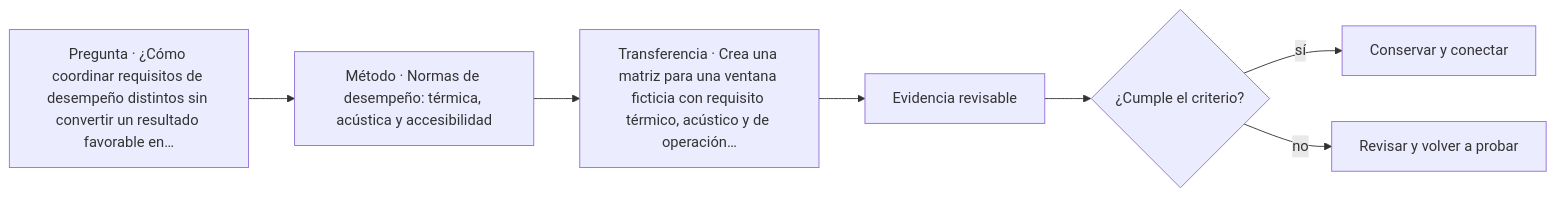
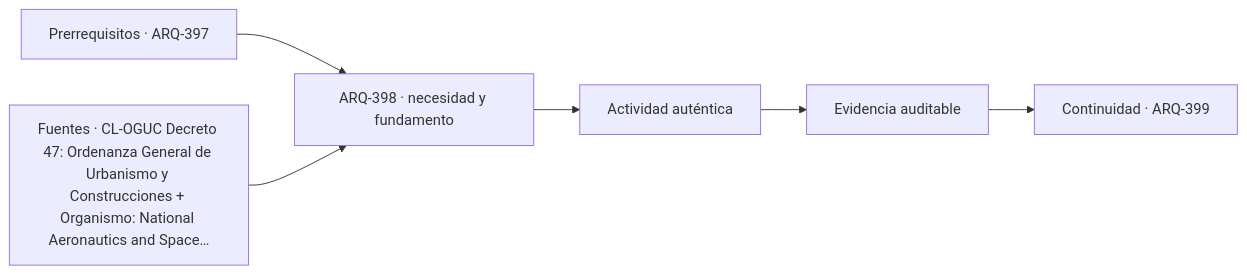
The diagram in classes/parte-40/ARQ-398.md (vladimiracunadev-create/architecture-built-environment-learning-program), drawn with Mermaid before and after one commit. The commit also changed other lines of this file and 761 other files, not shown here.

````diff
--- a/classes/parte-40/ARQ-398.md
+++ b/classes/parte-40/ARQ-398.md
@@ -91,9 +103,8 @@
 ```mermaid
 flowchart LR
-    Q["Pregunta · ¿Cómo coordinar requisitos de desempeño distintos sin convertir un resultado favorable en…"] --> M["Método · Normas de desempeño: térmica, acústica y accesibilidad"]
-    M --> P["Transferencia · Crea una matriz para una ventana ficticia con requisito térmico, acústico y de operación…"]
-    P --> E["Evidencia revisable"]
-    E --> C{"¿Cumple el criterio?"}
-    C -->|sí| T["Conservar y conectar"]
-    C -->|no| R["Revisar y volver a probar"]
+    A["Prerrequisitos · ARQ-397"] --> B["ARQ-398 · necesidad y fundamento"]
+    S["Fuentes · CL-OGUC Decreto 47: Ordenanza General de Urbanismo y Construcciones + Organismo: National Aeronautics and Space…"] --> B
+    B --> C["Actividad auténtica"]
+    C --> D["Evidencia auditable"]
+    D --> E["Continuidad · ARQ-399"]
 ```
````
